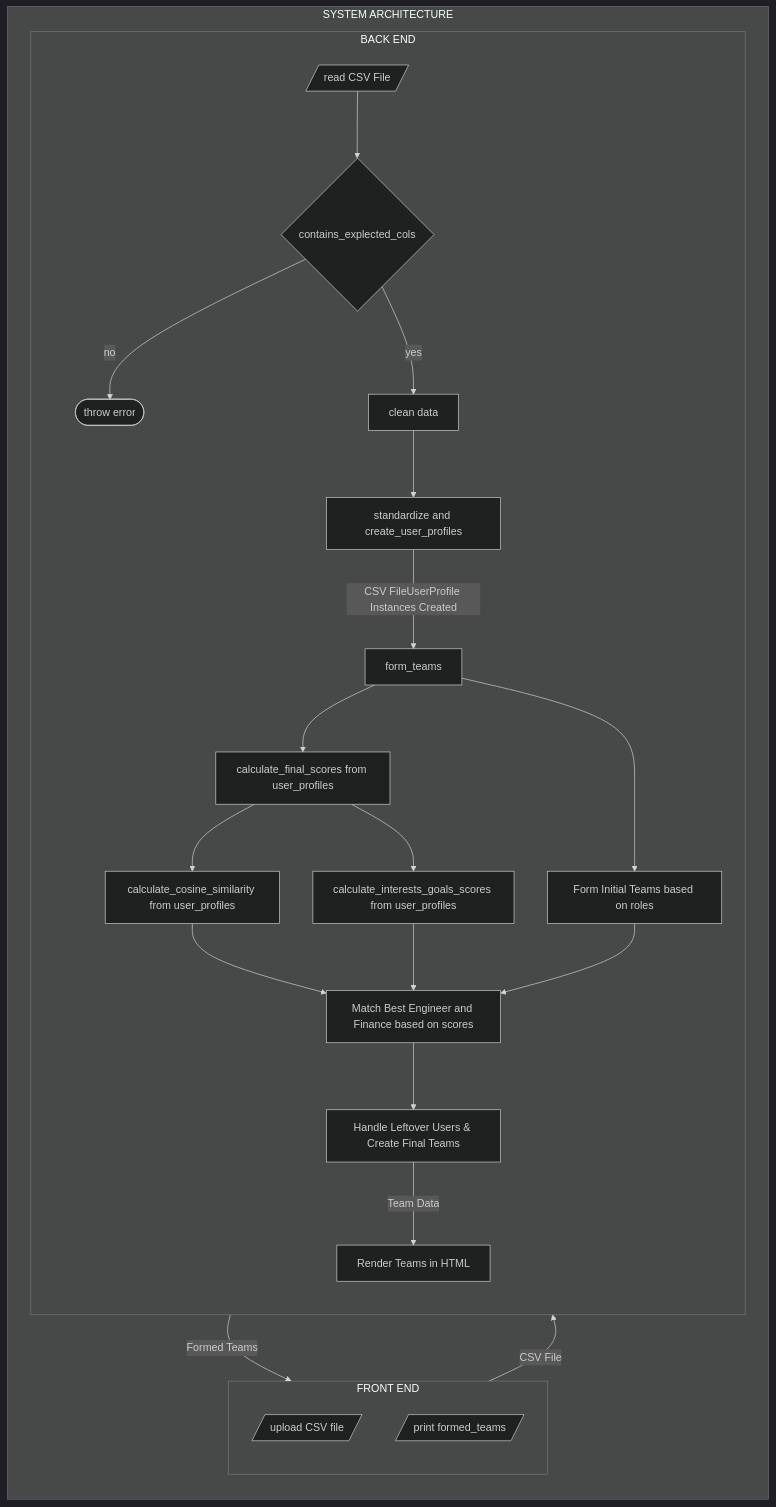
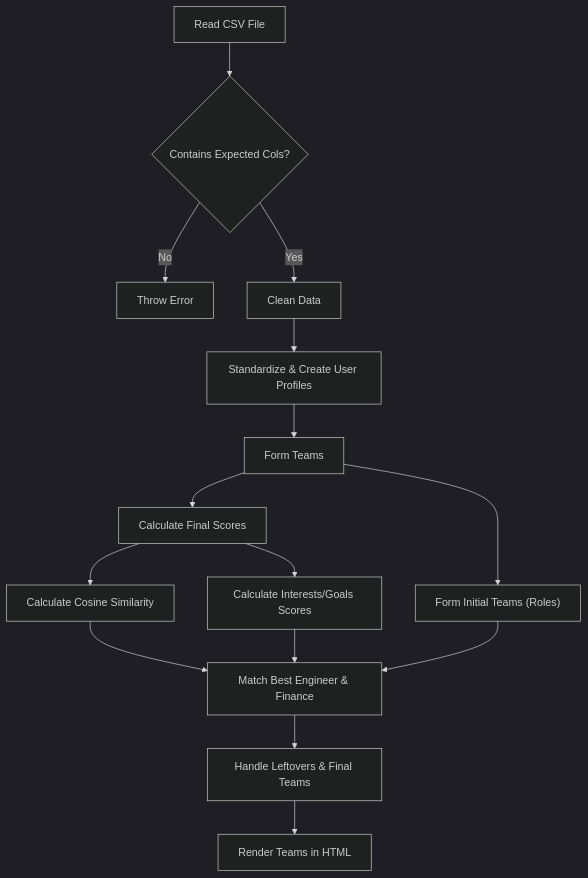
Before and after one commit to ac-i2i-engineering/matching-engine: the diagram in README.md, drawn with Mermaid (dark theme).

Commit message:
update README.md with mermaid graph

````diff
--- a/README.md
+++ b/README.md
@@ -37,43 +37,17 @@
 ```mermaid
-flowchart LR
- subgraph TOP["SYSTEM ARCHITECTURE"]
-    direction TB
-        A["A"]
-        B["B"]
-  end
- subgraph A["FRONT END"]
-    direction TB
-        AA[/"upload CSV file"/]
-        AB[/"print formed_teams"/]
-  end
- subgraph B["BACK END"]
-    direction TB
-        BA[/"read CSV File"/]
-        BB{"contains_explected_cols"}
-        BC(["throw error"])
-        BD["clean data"]
-        BJ["standardize and create_user_profiles"]
-        BL["form_teams"]
-        BM["calculate_final_scores from user_profiles"]
-        BN["calculate_cosine_similarity from user_profiles"]
-        BO["calculate_interests_goals_scores from user_profiles"]
-        BP["Form Initial Teams based on roles"]
-        BQ["Match Best Engineer and Finance based on scores"]
-        BR["Handle Leftover Users & Create Final Teams"]
-        BU["Render Teams in HTML"]
-  end
-    BA --> BB
-    BB -- no --> BC
-    BB -- yes --> BD
-    BD --> BJ
-    BJ -- CSV FileUserProfile Instances Created --> BL
-    BL --> BM & BP
-    BM --> BN & BO
-    BN --> BQ
-    BO --> BQ
-    BP --> BQ
-    BQ --> BR
-    BR -- Team Data --> BU
-    BU -- Formed Teams --> AB
-    AA -- CSV File --> BA
+graph TB
+    A["Read CSV File"] --> B{Contains Expected Cols?}
+    B -- No --> C["Throw Error"]
+    B -- Yes --> D["Clean Data"]
+    D --> J["Standardize & Create User Profiles"]
+    J --> L["Form Teams"]
+    L --> M["Calculate Final Scores"]
+    L --> P["Form Initial Teams (Roles)"]
+    M --> N["Calculate Cosine Similarity"]
+    M --> O["Calculate Interests/Goals Scores"]
+    N --> Q["Match Best Engineer & Finance"]
+    O --> Q
+    P --> Q
+    Q --> R["Handle Leftovers & Final Teams"]
+    R --> U["Render Teams in HTML"]
 ```
````
